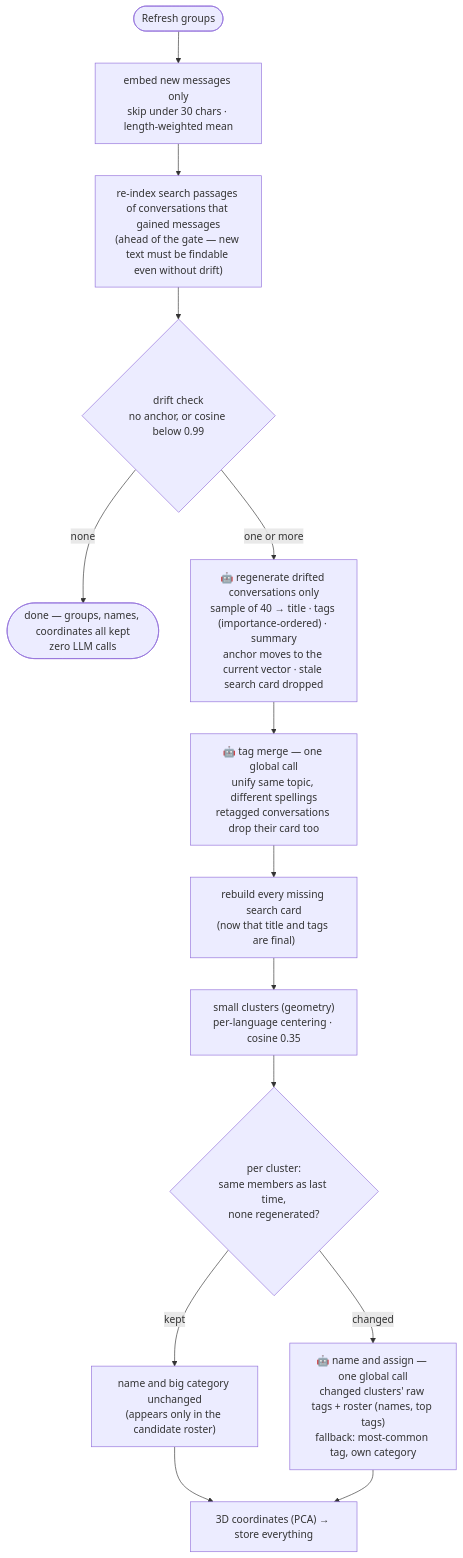
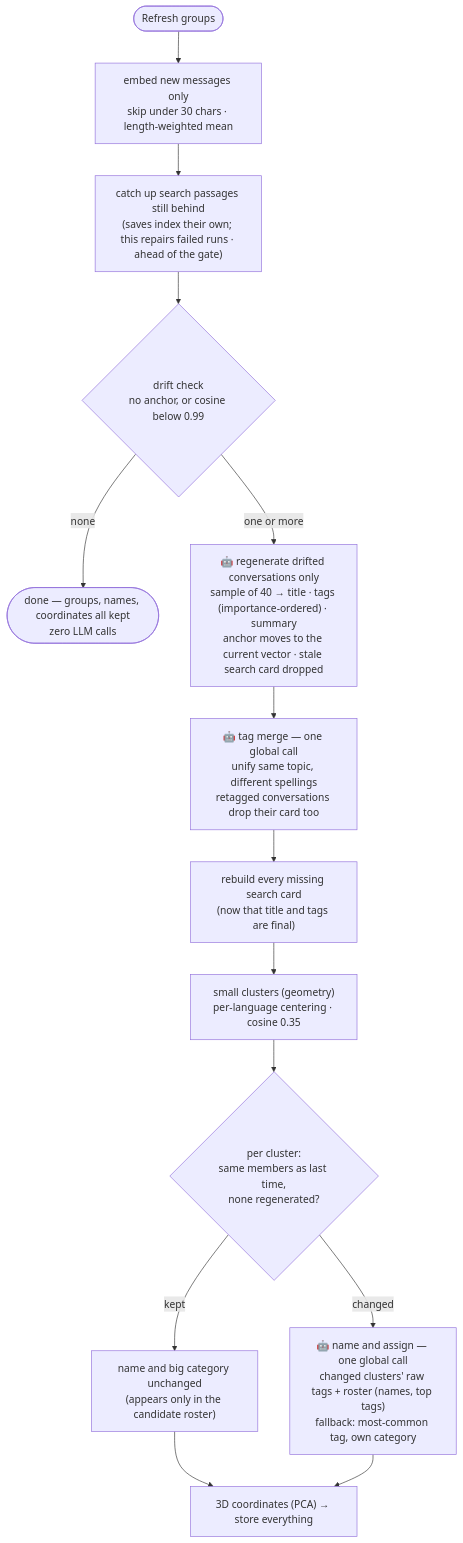
Before and after one commit to seung-gu/sgmcp: the fourth of 4 diagrams in ARCHITECTURE.md, drawn with Mermaid. The commit also changed other lines of this file and 5 other files, not shown here.

First line of the commit message:
Index search passages right after each save, embedding only what changed

````diff
--- a/ARCHITECTURE.md
+++ b/ARCHITECTURE.md
@@ -93,16 +98,16 @@
 ```mermaid
 flowchart TD
     S([Refresh groups]) --> E["embed new messages only<br/>skip under 30 chars · length-weighted mean"]
-    E --> C["re-index search passages of conversations that gained messages<br/>(ahead of the gate — new text must be findable even without drift)"]
+    E --> C["catch up search passages still behind<br/>(saves index their own; this repairs failed runs · ahead of the gate)"]
     C --> G{"drift check<br/>no anchor, or cosine below 0.99"}
     G -- "none" --> X(["done — groups, names, coordinates all kept<br/>zero LLM calls"])
     G -- "one or more" --> M["🤖 regenerate drifted conversations only<br/>sample of 40 → title · tags (importance-ordered) · summary<br/>anchor moves to the current vector · stale search card dropped"]
     M --> T["🤖 tag merge — one global call<br/>unify same topic, different spellings<br/>retagged conversations drop their card too"]
     T --> RC["rebuild every missing search card<br/>(now that title and tags are final)"]
     RC --> K["small clusters (geometry)<br/>per-language centering · cosine 0.35"]
     K --> CH{"per cluster:<br/>same members as last time,<br/>none regenerated?"}
     CH -- "kept" --> KEEP["name and big category unchanged<br/>(appears only in the candidate roster)"]
     CH -- "changed" --> N["🤖 name and assign — one global call<br/>changed clusters' raw tags + roster (names, top tags)<br/>fallback: most-common tag, own category"]
     KEEP --> P["3D coordinates (PCA) → store everything"]
     N --> P
 ```
````
